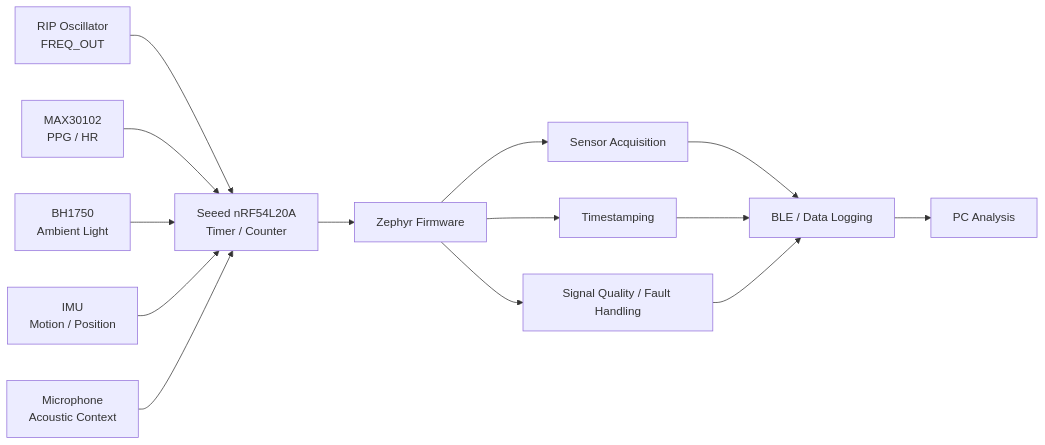
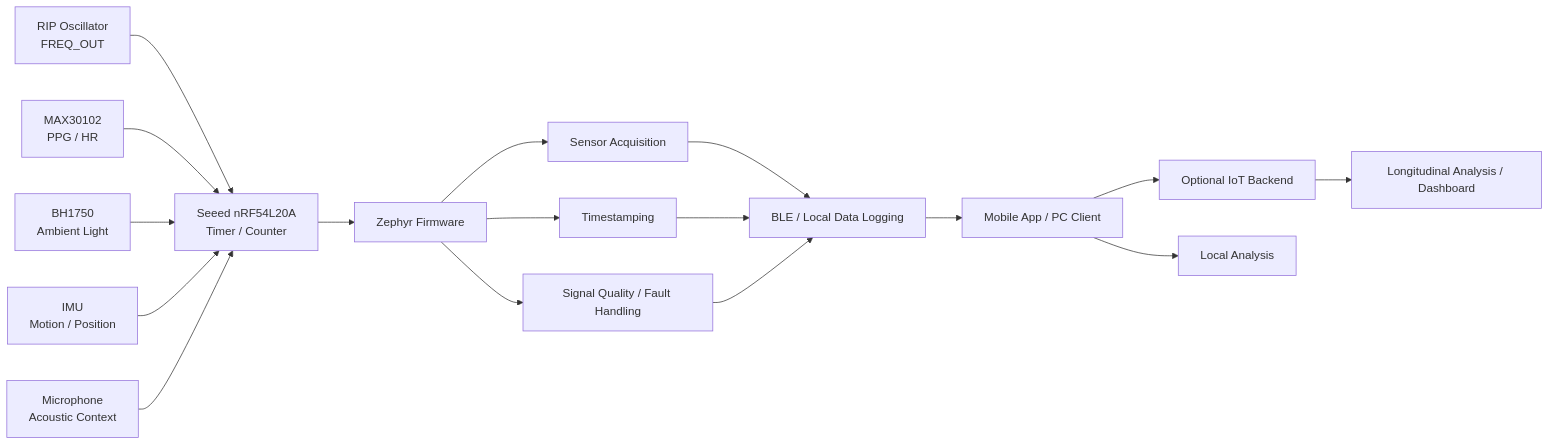
One commit to CDonohoe-Designs/SomniMate changed the second of 5 diagrams in README.md. Above: the diagram before and after it, drawn with Mermaid. The commit also changed other lines of this file, not shown here.

Commit message:
Document planned BLE app and IoT architecture

````diff
--- a/README.md
+++ b/README.md
@@ -68,19 +71,22 @@
 ```mermaid
 flowchart LR
     A["RIP Oscillator<br/>FREQ_OUT"] --> C["Seeed nRF54L20A<br/>Timer / Counter"]
 
     D["MAX30102<br/>PPG / HR"] --> C
     E["BH1750<br/>Ambient Light"] --> C
     F["IMU<br/>Motion / Position"] --> C
     G["Microphone<br/>Acoustic Context"] --> C
 
     C --> H["Zephyr Firmware"]
     H --> I["Sensor Acquisition"]
     H --> J["Timestamping"]
     H --> K["Signal Quality / Fault Handling"]
 
-    I --> L["BLE / Data Logging"]
+    I --> L["BLE / Local Data Logging"]
     J --> L
     K --> L
-    L --> M["PC Analysis"]
+    L --> M["Mobile App / PC Client"]
+    M --> N["Optional IoT Backend"]
+    M --> O["Local Analysis"]
+    N --> P["Longitudinal Analysis / Dashboard"]
 ```
````
